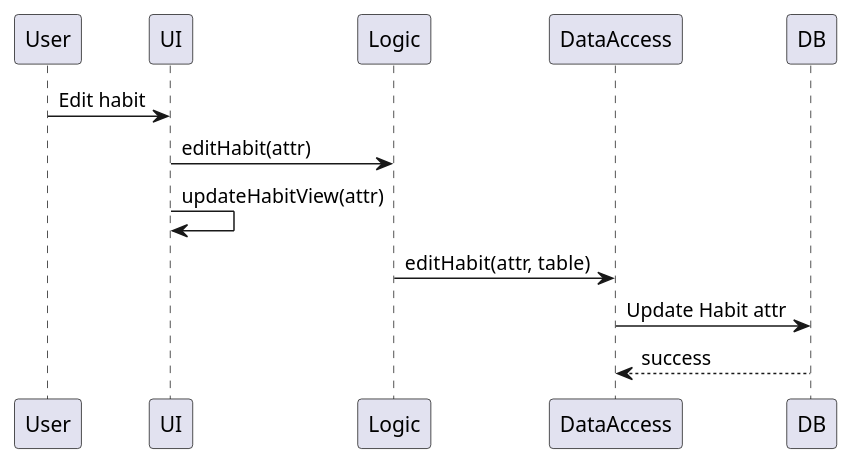
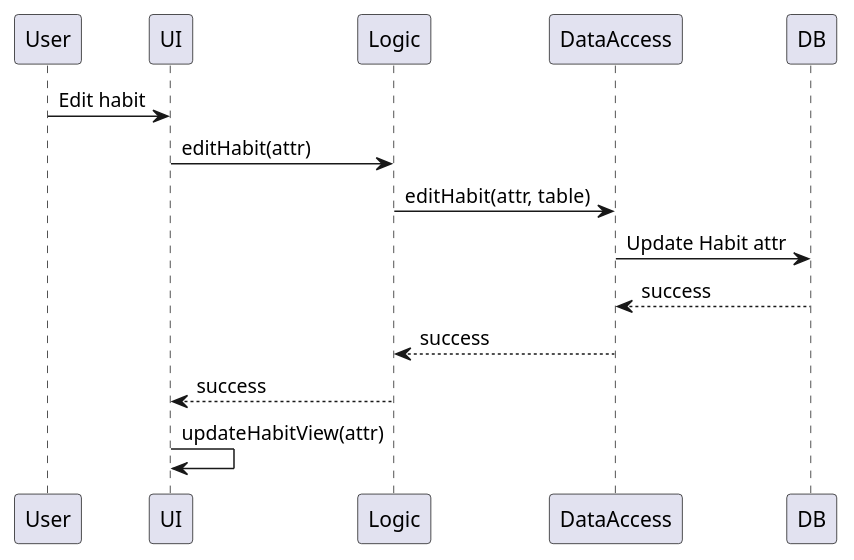
Before and after one commit to marceljki/goalz: the diagram in documentation/arc42_doc/plantuml/editHabit.puml, drawn with PlantUML. The commit also changed 2 other files, not shown here.

Commit message:
Update uml

```diff
--- a/documentation/arc42_doc/plantuml/editHabit.puml
+++ b/documentation/arc42_doc/plantuml/editHabit.puml
@@ -1,8 +1,10 @@
 @startuml
 User -> UI: Edit habit
 UI -> Logic: editHabit(attr)
-UI -> UI: updateHabitView(attr)
 Logic -> DataAccess: editHabit(attr, table)
 DataAccess -> DB: Update Habit attr
 DB --> DataAccess: success
+DataAccess --> Logic: success
+Logic --> UI: success
+UI -> UI: updateHabitView(attr)
 @enduml
```
